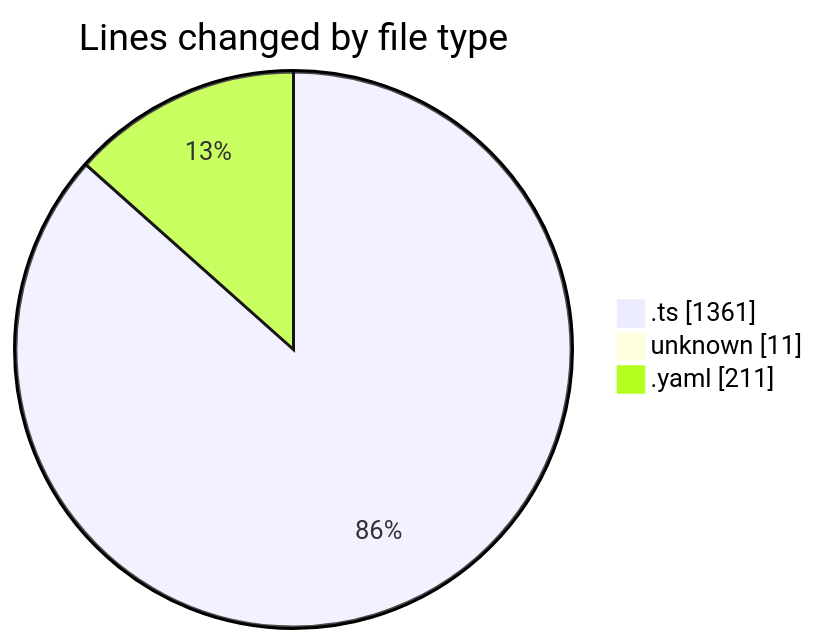
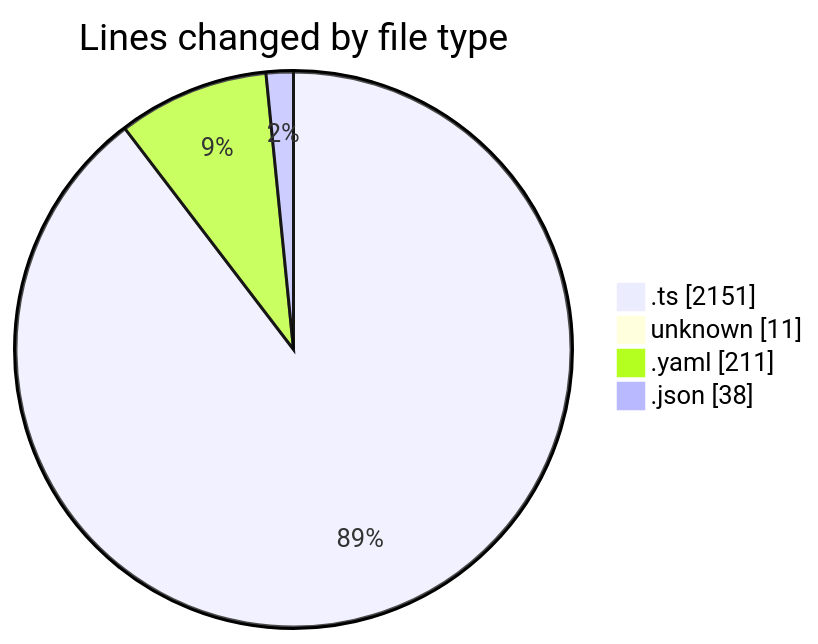
The first of 2 diagrams in 2025-10-01/oura-api/README.md (mevix1/code-tracking), drawn with Mermaid before and after one commit. The commit also changed other lines of this file and 1 other file, not shown here.

````diff
--- a/2025-10-01/oura-api/README.md
+++ b/2025-10-01/oura-api/README.md
@@ -33,7 +37,8 @@
 ```mermaid
 pie showData
 title Lines changed by file type
-".ts" : 1361
+".ts" : 2151
 "unknown" : 11
 ".yaml" : 211
+".json" : 38
 ```
````
